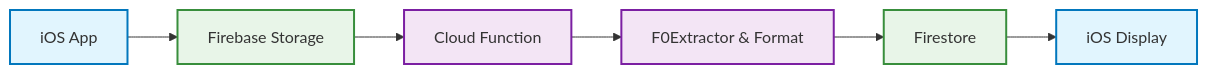
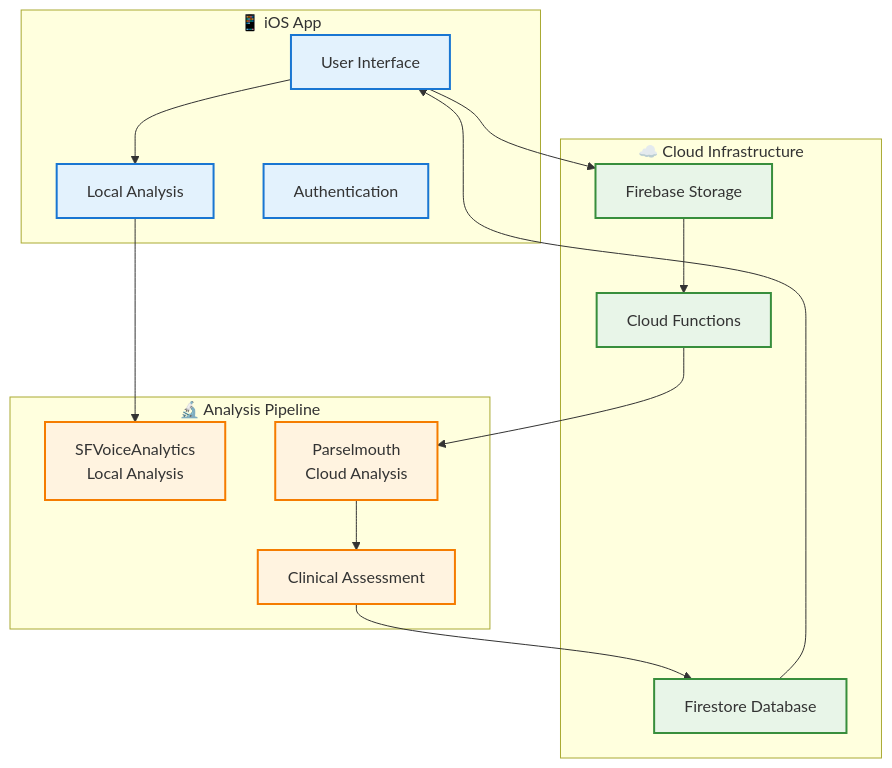
One commit to PoisonIvory/sage changed the first of 12 diagrams in ARCHITECTURE.md. Above: the diagram before and after it, drawn with Mermaid. The commit also changed other lines of this file, not shown here.

Commit message:
Update ARCHITECTURE.md with comprehensive system overview and improvement roadmap

````diff
--- a/ARCHITECTURE.md
+++ b/ARCHITECTURE.md
@@ -8,16 +13,37 @@
 ```mermaid
-flowchart LR
-    A[iOS App] --> B[Firebase Storage]
-    B --> C[Cloud Function]
-    C --> D[F0Extractor & Format]
-    D --> E[Firestore]
-    E --> F[iOS Display]
+flowchart TD
+    subgraph "📱 iOS App"
+        A1[User Interface]
+        A2[Local Analysis]
+        A3[Authentication]
+    end
     
-    classDef ios fill:#e1f5fe,stroke:#0277bd,stroke-width:2px
-    classDef cloud fill:#f3e5f5,stroke:#7b1fa2,stroke-width:2px
-    classDef storage fill:#e8f5e8,stroke:#388e3c,stroke-width:2px
+    subgraph "☁️ Cloud Infrastructure"
+        B1[Firebase Storage]
+        B2[Cloud Functions]
+        B3[Firestore Database]
+    end
     
-    class A,F ios
-    class C,D cloud
-    class B,E storage
+    subgraph "🔬 Analysis Pipeline"
+        C1[SFVoiceAnalytics<br/>Local Analysis]
+        C2[Parselmouth<br/>Cloud Analysis]
+        C3[Clinical Assessment]
+    end
+    
+    A1 --> A2
+    A2 --> C1
+    A1 --> B1
+    B1 --> B2
+    B2 --> C2
+    C2 --> C3
+    C3 --> B3
+    B3 --> A1
+    
+    classDef ios fill:#e3f2fd,stroke:#1976d2,stroke-width:2px
+    classDef cloud fill:#e8f5e8,stroke:#388e3c,stroke-width:2px
+    classDef analysis fill:#fff3e0,stroke:#f57c00,stroke-width:2px
+    
+    class A1,A2,A3 ios
+    class B1,B2,B3 cloud
+    class C1,C2,C3 analysis
 ```
````
